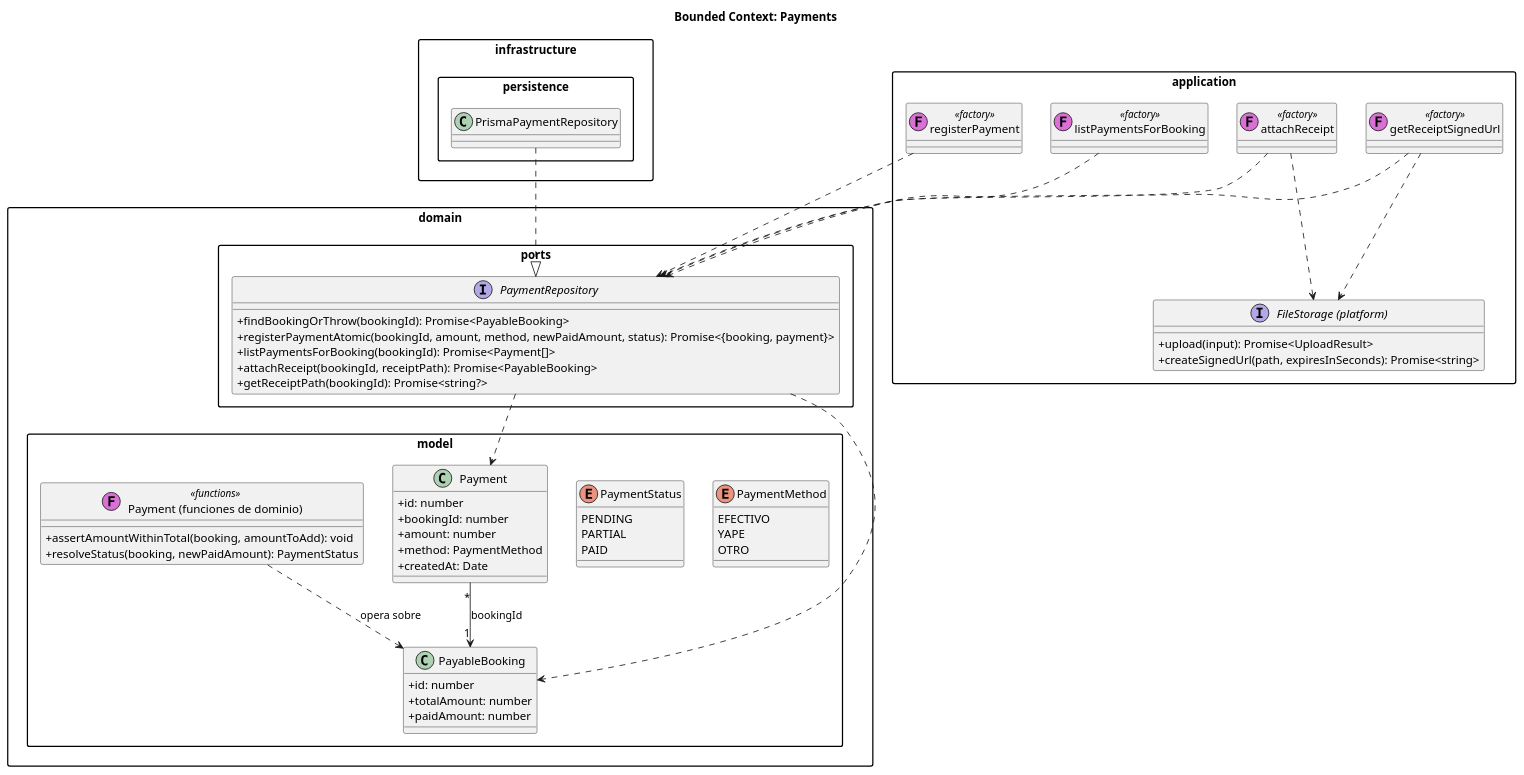
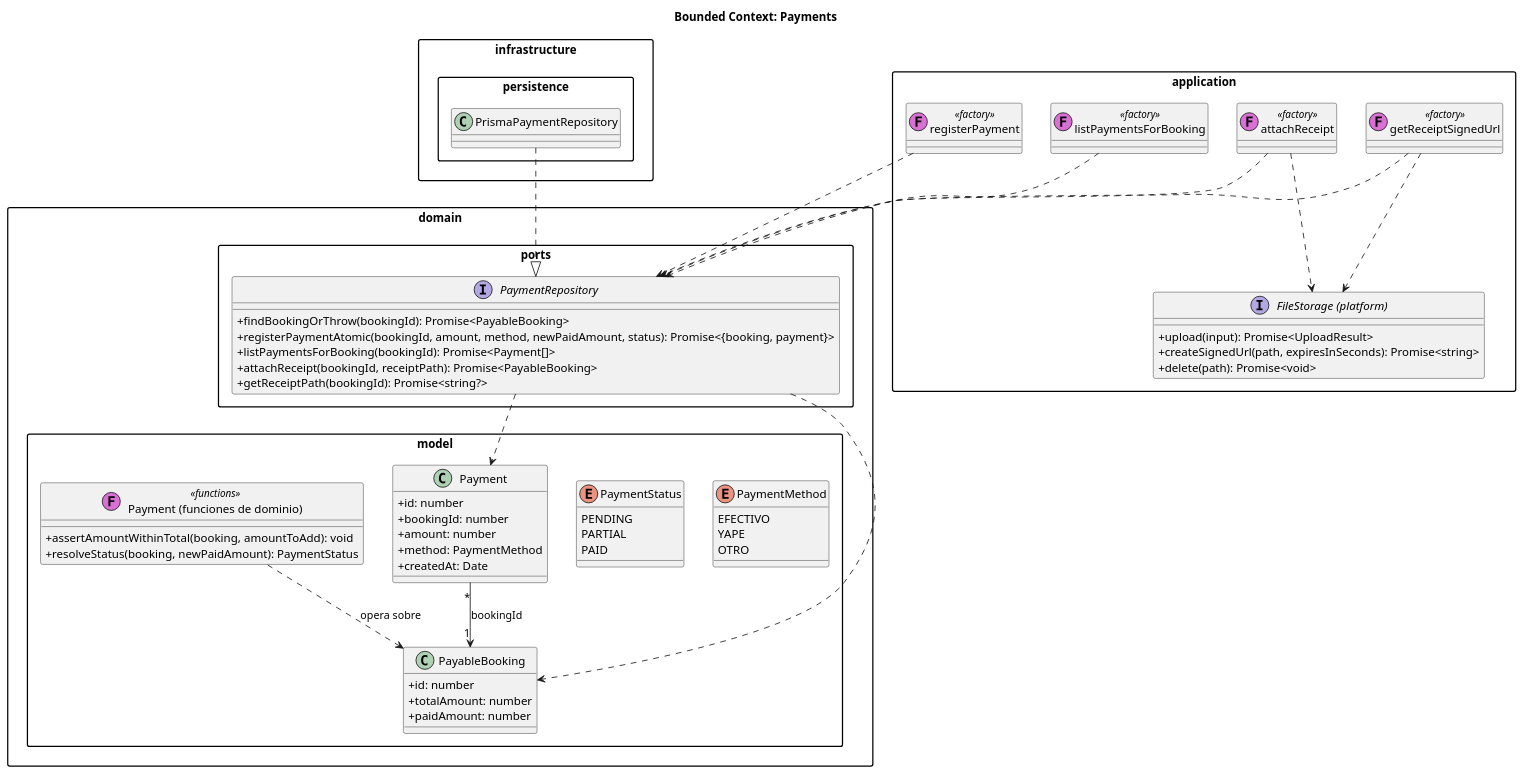
One commit to brianna-salinas/la-canchita-de-carlos-backend changed the diagram in docs/diagrams/payments.puml. Above: the diagram before and after it, drawn with PlantUML. The commit also changed 2 other files, not shown here.

Commit message:
Actualiza diagramas de clase (identity, bookings, payments) con el metodo delete de FileStorage

```diff
--- a/docs/diagrams/payments.puml
+++ b/docs/diagrams/payments.puml
@@ -1,81 +1,82 @@
 @startuml payments-context
 title Bounded Context: Payments
 
 skinparam classAttributeIconSize 0
 skinparam packageStyle rectangle
 
 package "domain.model" {
   enum PaymentMethod {
     EFECTIVO
     YAPE
     OTRO
   }
 
   enum PaymentStatus {
     PENDING
     PARTIAL
     PAID
   }
 
   class Payment {
     +id: number
     +bookingId: number
     +amount: number
     +method: PaymentMethod
     +createdAt: Date
   }
 
   class PayableBooking {
     +id: number
     +totalAmount: number
     +paidAmount: number
   }
 
   class "Payment (funciones de dominio)" as PaymentRules << (F,orchid) functions >> {
     +assertAmountWithinTotal(booking, amountToAdd): void
     +resolveStatus(booking, newPaidAmount): PaymentStatus
   }
 
   Payment "*" --> "1" PayableBooking : bookingId
   PaymentRules ..> PayableBooking : opera sobre
 }
 
 package "domain.ports" {
   interface PaymentRepository {
     +findBookingOrThrow(bookingId): Promise<PayableBooking>
     +registerPaymentAtomic(bookingId, amount, method, newPaidAmount, status): Promise<{booking, payment}>
     +listPaymentsForBooking(bookingId): Promise<Payment[]>
     +attachReceipt(bookingId, receiptPath): Promise<PayableBooking>
     +getReceiptPath(bookingId): Promise<string?>
   }
 
   PaymentRepository ..> Payment
   PaymentRepository ..> PayableBooking
 }
 
 package "infrastructure.persistence" {
   class PrismaPaymentRepository
 
   PrismaPaymentRepository ..|> PaymentRepository
 }
 
 package "application" {
   class registerPayment << (F,orchid) factory >>
   class attachReceipt << (F,orchid) factory >>
   class getReceiptSignedUrl << (F,orchid) factory >>
   class listPaymentsForBooking << (F,orchid) factory >>
 
   interface "FileStorage (platform)" as FileStorage {
     +upload(input): Promise<UploadResult>
     +createSignedUrl(path, expiresInSeconds): Promise<string>
+    +delete(path): Promise<void>
   }
 
   registerPayment ..> PaymentRepository
   attachReceipt ..> PaymentRepository
   attachReceipt ..> FileStorage
   getReceiptSignedUrl ..> PaymentRepository
   getReceiptSignedUrl ..> FileStorage
   listPaymentsForBooking ..> PaymentRepository
 }
 
 @enduml
```
